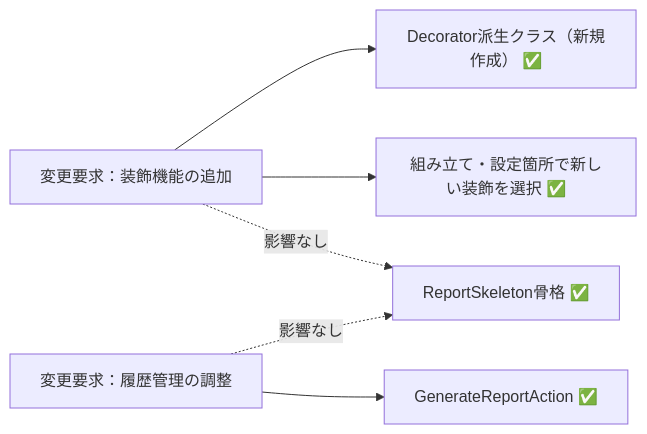
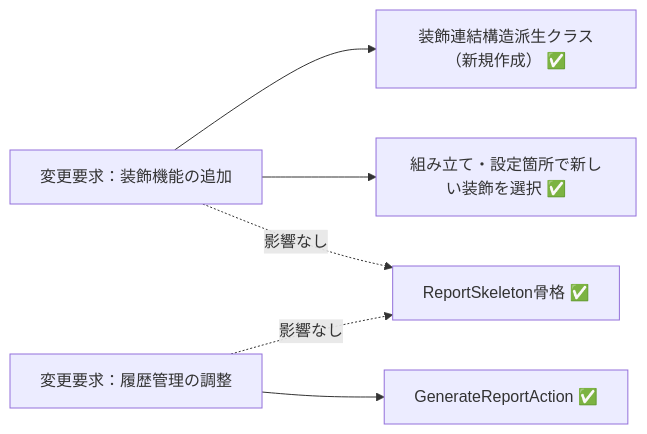
One commit to kumachan1101-pixel/DesignPattern changed the sixth of 7 diagrams in kindle/design-patterns/output/chapter11.md. Above: the diagram before and after it, drawn with Mermaid. The commit also changed other lines of this file and 18 other files, not shown here.

````diff
--- a/kindle/design-patterns/output/chapter11.md
+++ b/kindle/design-patterns/output/chapter11.md
@@ -1420,8 +1420,8 @@
 ```mermaid
 graph LR
-    T1["変更要求：装飾機能の追加"] --> F1["Decorator派生クラス（新規作成） ✅"]
+    T1["変更要求：装飾機能の追加"] --> F1["装飾連結構造派生クラス（新規作成） ✅"]
     T1 --> C["組み立て・設定箇所で新しい装飾を選択 ✅"]
     T1 -. "影響なし" .-> A["ReportSkeleton骨格 ✅"]
     T2["変更要求：履歴管理の調整"] --> F2["GenerateReportAction ✅"]
     T2 -. "影響なし" .-> A
 ```
````
